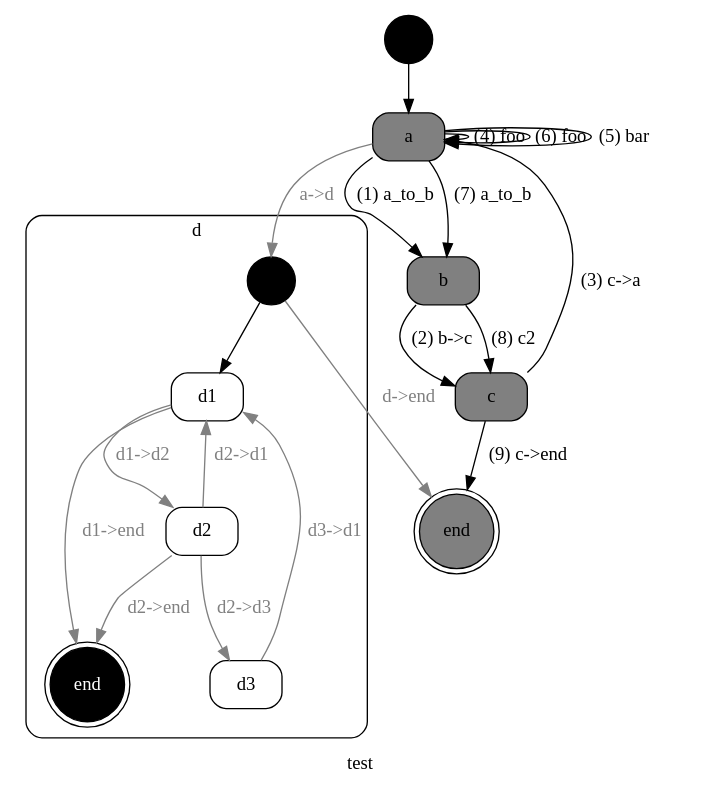
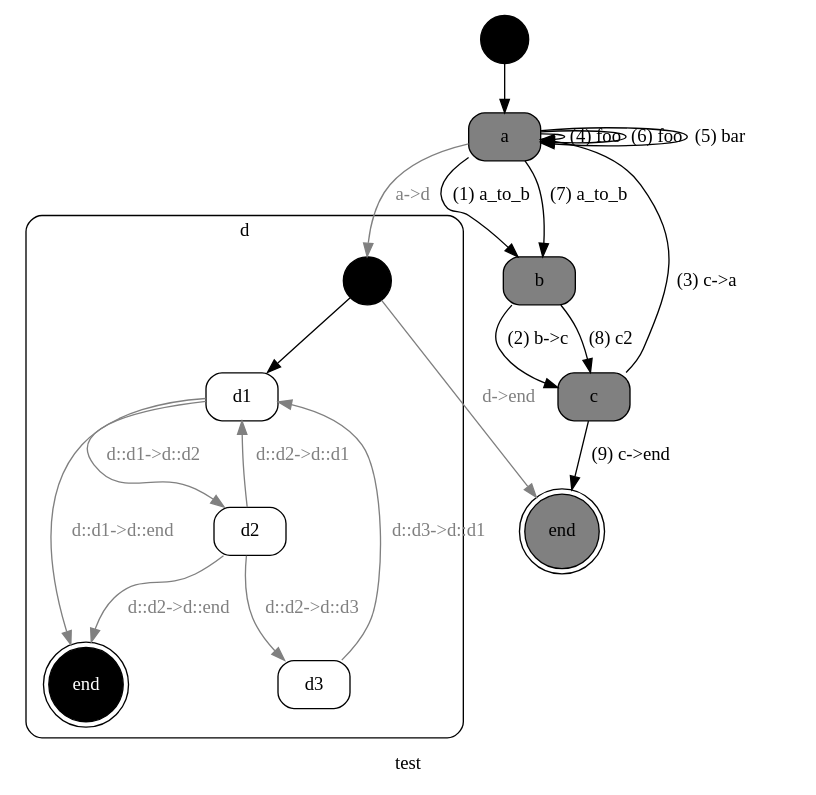
One commit to kstephens/red_steak changed the diagram in example/red_steak-test-history.dot. Above: the diagram before and after it, drawn with Graphviz. The commit also changed 23 other files, not shown here.

First line of the commit message:
MAJOR CHANGES: Closer to UML metamodel and semantics. Substates can be defined without a substatemachine. Support "a::sub" namespacing and lookup. Refactored State into Vertex for future Pseudostate class and support. Builder syntax for implied transition source has changed.

```diff
--- a/example/red_steak-test-history.dot
+++ b/example/red_steak-test-history.dot
@@ -1,93 +1,93 @@
 
-// {#<RedSteak::Statemachine [:test]>
+// {#<RedSteak::Statemachine test>
 digraph x1 {
   label="test"; 
   node [ shape="circle", label="", style=filled, fillcolor=black ] x1_START; 
 
-// #<RedSteak::State [:a]>
+// #<RedSteak::State test a>
   node [ shape="box", label="a", style="filled,rounded", color=black, fillcolor=grey, fontcolor=black ] x2;
 
-// #<RedSteak::State [:b]>
+// #<RedSteak::State test b>
   node [ shape="box", label="b", style="filled,rounded", color=black, fillcolor=grey, fontcolor=black ] x3;
 
-// #<RedSteak::State [:c]>
+// #<RedSteak::State test c>
   node [ shape="box", label="c", style="filled,rounded", color=black, fillcolor=grey, fontcolor=black ] x4;
 
-// #<RedSteak::State [:d]>
+// #<RedSteak::State test d>
 
-// {#<RedSteak::Statemachine [:test, :d, :d]>
+// {#<RedSteak::Statemachine test::d>
 subgraph cluster_x5 {
   label="d"; 
   shape="box"; 
   style="filled,rounded"; 
-  fillcolor="white"; 
-  fontcolor="black"; 
+  fillcolor=white; 
+  fontcolor=black; 
   node [ shape="circle", label="", style=filled, fillcolor=black ] x5_START; 
 
-// #<RedSteak::State [:d, :d1]>
+// #<RedSteak::State test::d d::d1>
   node [ shape="box", label="d1", style="filled,rounded", color=black, fillcolor=white, fontcolor=black ] x6;
 
-// #<RedSteak::State [:d, :d2]>
+// #<RedSteak::State test::d d::d2>
   node [ shape="box", label="d2", style="filled,rounded", color=black, fillcolor=white, fontcolor=black ] x7;
 
-// #<RedSteak::State [:d, :d3]>
+// #<RedSteak::State test::d d::d3>
   node [ shape="box", label="d3", style="filled,rounded", color=black, fillcolor=white, fontcolor=black ] x8;
 
-// #<RedSteak::State [:d, :end]>
+// #<RedSteak::State test::d d::end>
   node [ shape="doublecircle", label="end", style="filled,rounded", color=black, fillcolor=black, fontcolor=white ] x9;
 }
-// } #<RedSteak::Statemachine [:test, :d, :d]>
+// } #<RedSteak::Statemachine test::d>
 
-// #<RedSteak::State [:end]>
+// #<RedSteak::State test end>
   node [ shape="doublecircle", label="end", style="filled,rounded", color=black, fillcolor=grey, fontcolor=black ] x10;
 
-// #<RedSteak::Transition :foo :a -> :a>
+// #<RedSteak::Transition :foo a -> a>
 x2 -> x2 [ label="(4) foo", color=black, fontcolor=black ];
 x2 -> x2 [ label="(6) foo", color=black, fontcolor=black ];
 
-// #<RedSteak::Transition :bar :a -> :a>
+// #<RedSteak::Transition :bar a -> a>
 x2 -> x2 [ label="(5) bar", color=black, fontcolor=black ];
 
-// #<RedSteak::Transition :a_to_b :a -> :b>
+// #<RedSteak::Transition :a_to_b a -> b>
 x2 -> x3 [ label="(1) a_to_b", color=black, fontcolor=black ];
 x2 -> x3 [ label="(7) a_to_b", color=black, fontcolor=black ];
 
-// #<RedSteak::Transition :"b->c" :b -> :c>
+// #<RedSteak::Transition :"b->c" b -> c>
 x3 -> x4 [ label="(2) b->c", color=black, fontcolor=black ];
 
-// #<RedSteak::Transition :c2 :b -> :c>
+// #<RedSteak::Transition :c2 b -> c>
 x3 -> x4 [ label="(8) c2", color=black, fontcolor=black ];
 
-// #<RedSteak::Transition :"c->a" :c -> :a>
+// #<RedSteak::Transition :"c->a" c -> a>
 x4 -> x2 [ label="(3) c->a", color=black, fontcolor=black ];
 
-// #<RedSteak::Transition :"c->end" :c -> :end>
+// #<RedSteak::Transition :"c->end" c -> end>
 x4 -> x10 [ label="(9) c->end", color=black, fontcolor=black ];
 
-// #<RedSteak::Transition :"a->d" :a -> :d>
+// #<RedSteak::Transition :"a->d" a -> d>
 x2 -> x5_START [ label="a->d", color=gray, fontcolor=gray ];
 
-// #<RedSteak::Transition :"d->end" :d -> :end>
+// #<RedSteak::Transition :"d->end" d -> end>
 x5_START -> x10 [ label="d->end", color=gray, fontcolor=gray ];
 x1_START -> x2;
 
-// #<RedSteak::Transition :"d1->d2" :d1 -> :d2>
-x6 -> x7 [ label="d1->d2", color=gray, fontcolor=gray ];
+// #<RedSteak::Transition :"d::d1->d::d2" d::d1 -> d::d2>
+x6 -> x7 [ label="d::d1->d::d2", color=gray, fontcolor=gray ];
 
-// #<RedSteak::Transition :"d1->end" :d1 -> :end>
-x6 -> x9 [ label="d1->end", color=gray, fontcolor=gray ];
+// #<RedSteak::Transition :"d::d1->d::end" d::d1 -> d::end>
+x6 -> x9 [ label="d::d1->d::end", color=gray, fontcolor=gray ];
 
-// #<RedSteak::Transition :"d2->d1" :d2 -> :d1>
-x7 -> x6 [ label="d2->d1", color=gray, fontcolor=gray ];
+// #<RedSteak::Transition :"d::d2->d::d1" d::d2 -> d::d1>
+x7 -> x6 [ label="d::d2->d::d1", color=gray, fontcolor=gray ];
 
-// #<RedSteak::Transition :"d2->end" :d2 -> :end>
-x7 -> x9 [ label="d2->end", color=gray, fontcolor=gray ];
+// #<RedSteak::Transition :"d::d2->d::end" d::d2 -> d::end>
+x7 -> x9 [ label="d::d2->d::end", color=gray, fontcolor=gray ];
 
-// #<RedSteak::Transition :"d3->d1" :d3 -> :d1>
-x8 -> x6 [ label="d3->d1", color=gray, fontcolor=gray ];
+// #<RedSteak::Transition :"d::d3->d::d1" d::d3 -> d::d1>
+x8 -> x6 [ label="d::d3->d::d1", color=gray, fontcolor=gray ];
 
-// #<RedSteak::Transition :"d2->d3" :d2 -> :d3>
-x7 -> x8 [ label="d2->d3", color=gray, fontcolor=gray ];
+// #<RedSteak::Transition :"d::d2->d::d3" d::d2 -> d::d3>
+x7 -> x8 [ label="d::d2->d::d3", color=gray, fontcolor=gray ];
 x5_START -> x6;
 }
-// } #<RedSteak::Statemachine [:test]>
+// } #<RedSteak::Statemachine test>
```
